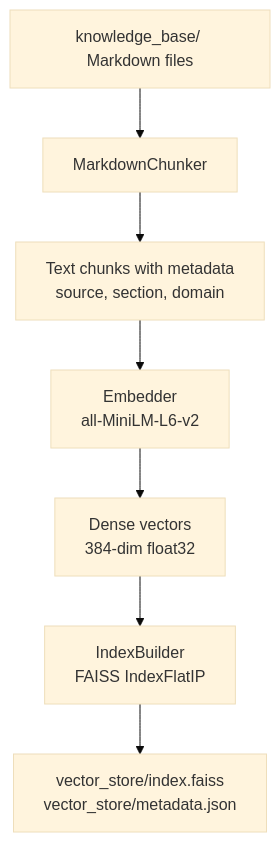
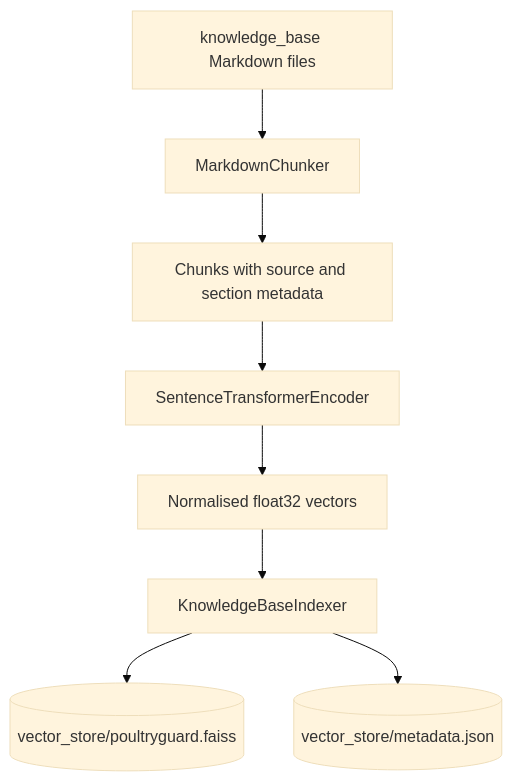
One commit to zulyadainimuhammad/poultryguard-ai changed the first of 3 diagrams in docs/architecture/data_flow.md. Above: the diagram before and after it, drawn with Mermaid (base theme). The commit also changed other lines of this file, not shown here.

Commit message:
docs: document current knowledge and farm data flows

````diff
--- a/docs/architecture/data_flow.md
+++ b/docs/architecture/data_flow.md
@@ -37,9 +9,10 @@
 ```mermaid
 flowchart TD
-    A[knowledge_base/ Markdown files] --> B[MarkdownChunker]
-    B --> C[Text chunks with metadata\nsource, section, domain]
-    C --> D[Embedder\nall-MiniLM-L6-v2]
-    D --> E[Dense vectors\n384-dim float32]
-    E --> F[IndexBuilder\nFAISS IndexFlatIP]
-    F --> G[vector_store/index.faiss\nvector_store/metadata.json]
+    A[knowledge_base Markdown files] --> B[MarkdownChunker]
+    B --> C[Chunks with source and section metadata]
+    C --> D[SentenceTransformerEncoder]
+    D --> E[Normalised float32 vectors]
+    E --> F[KnowledgeBaseIndexer]
+    F --> G[(vector_store/poultryguard.faiss)]
+    F --> H[(vector_store/metadata.json)]
 ```
````
